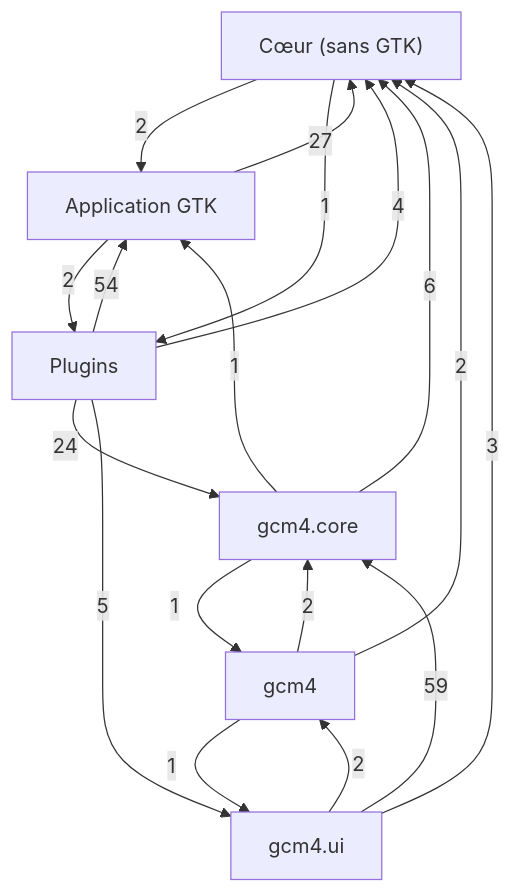
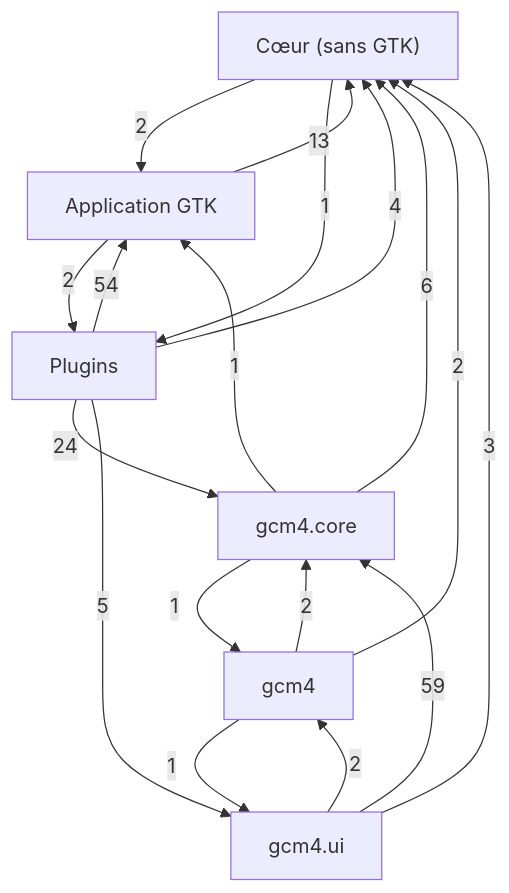
Before and after one commit to Mathilde-Team/Gcm4: the first of 7 diagrams in docs/class-diagram.md, drawn with Mermaid. The commit also changed other lines of this file, not shown here.

Commit message:
docs: diagramme de classes régénéré après fusion de dev (#96)

````diff
--- a/docs/class-diagram.md
+++ b/docs/class-diagram.md
@@ -21,26 +21,26 @@
 ```mermaid
 flowchart TD
     g0["Cœur (sans GTK)"]
     g1["Application GTK"]
     g2["Plugins"]
     g3["gcm4"]
     g4["gcm4.core"]
     g5["gcm4.ui"]
-    g1 -->|27| g0
+    g1 -->|13| g0
     g1 -->|2| g2
     g0 -->|2| g1
     g0 -->|1| g2
     g2 -->|54| g1
     g2 -->|4| g0
     g2 -->|24| g4
     g2 -->|5| g5
     g3 -->|2| g0
     g3 -->|2| g4
     g3 -->|1| g5
     g4 -->|1| g1
     g4 -->|6| g0
     g4 -->|1| g3
     g5 -->|3| g0
     g5 -->|2| g3
     g5 -->|59| g4
 ```
````
